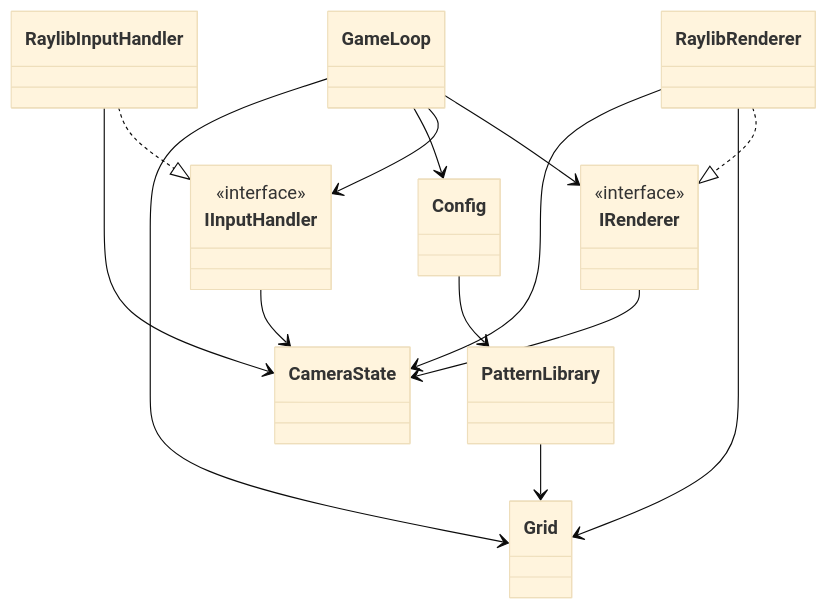
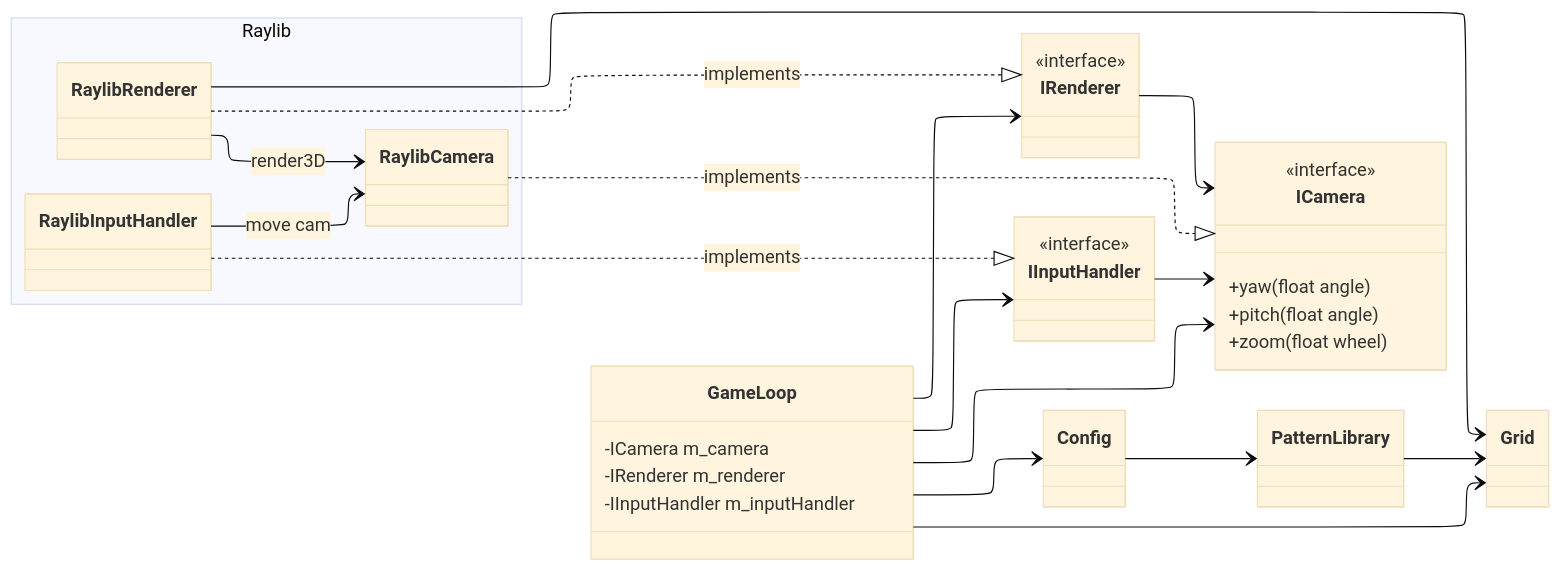
One commit to dciuca/gameOfLife3D changed the second of 2 diagrams in classdiagram.md. Above: the diagram before and after it, drawn with Mermaid (base theme). The commit also changed 12 other files, not shown here.

Commit message:
refactor: introduce SOLID architecture with interfaces: to be fixed

````diff
--- a/classdiagram.md
+++ b/classdiagram.md
@@ -24,40 +24,59 @@
 ```mermaid
+---
+config:
+  layout: elk
+---
 classDiagram
-    direction TB
+    direction LR
 
-    class GameLoop
+    class GameLoop {
+        -ICamera m_camera
+        -IRenderer m_renderer
+        -IInputHandler m_inputHandler
+    }
     class IRenderer {
         <<interface>>
     }
     class IInputHandler {
         <<interface>>
     }
-    class CameraState
+    class ICamera {
+        <<interface>>
+        +yaw(float angle)
+        +pitch(float angle)
+        +zoom(float wheel)
+    }
+
     class Grid
     class PatternLibrary
     class Config
-    class RaylibRenderer
-    class RaylibInputHandler
-    %%class raylib
+
+    namespace Raylib {
+        class RaylibRenderer
+        class RaylibInputHandler
+        class RaylibCamera
+    }
 
     GameLoop --> IRenderer
     GameLoop --> IInputHandler
+    GameLoop --> ICamera
     GameLoop --> Config
     GameLoop --> Grid
 
-    RaylibRenderer ..|> IRenderer
-    RaylibInputHandler ..|> IInputHandler
+    RaylibRenderer ..|> IRenderer : implements
+    RaylibInputHandler ..|> IInputHandler : implements
+    RaylibCamera ..|> ICamera : implements
 
     RaylibRenderer --> Grid
-    RaylibRenderer --> CameraState
-    %%RaylibRenderer --> raylib
+    RaylibRenderer --> RaylibCamera: render3D
+    RaylibInputHandler --> RaylibCamera: move cam
 
-    RaylibInputHandler --> CameraState
-    %%RaylibInputHandler --> raylib
-
-    IRenderer --> CameraState
-    IInputHandler --> CameraState
+    IRenderer --> ICamera
+    IInputHandler --> ICamera
 
     Config --> PatternLibrary
     PatternLibrary --> Grid
+
+    classDef interface fill:#eef2ff,stroke:#818cf8,stroke-width:2px,color:#1e1b4b
+    cssClass "IRenderer,IInputHandler,ICamera" interface
 ```
````
